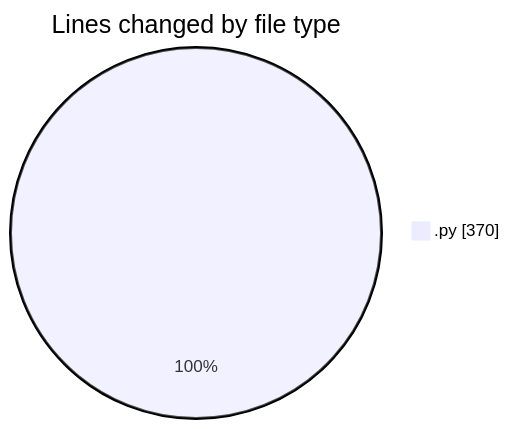
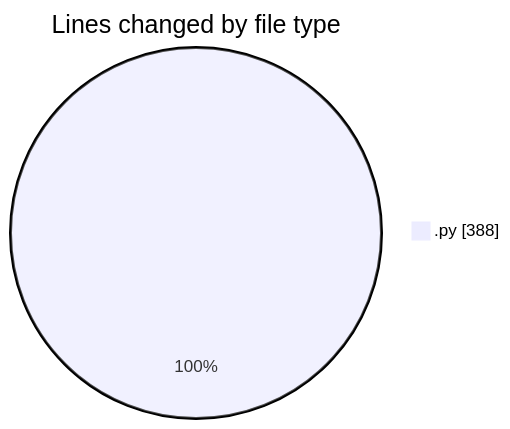
Before and after one commit to FelipKnott/code-tracking: the first of 2 diagrams in 2025-07-02/cursor/README.md, drawn with Mermaid. The commit also changed other lines of this file and 1 other file, not shown here.

````diff
--- a/2025-07-02/cursor/README.md
+++ b/2025-07-02/cursor/README.md
@@ -22,5 +22,5 @@
 ```mermaid
 pie showData
 title Lines changed by file type
-".py" : 370
+".py" : 388
 ```
````
